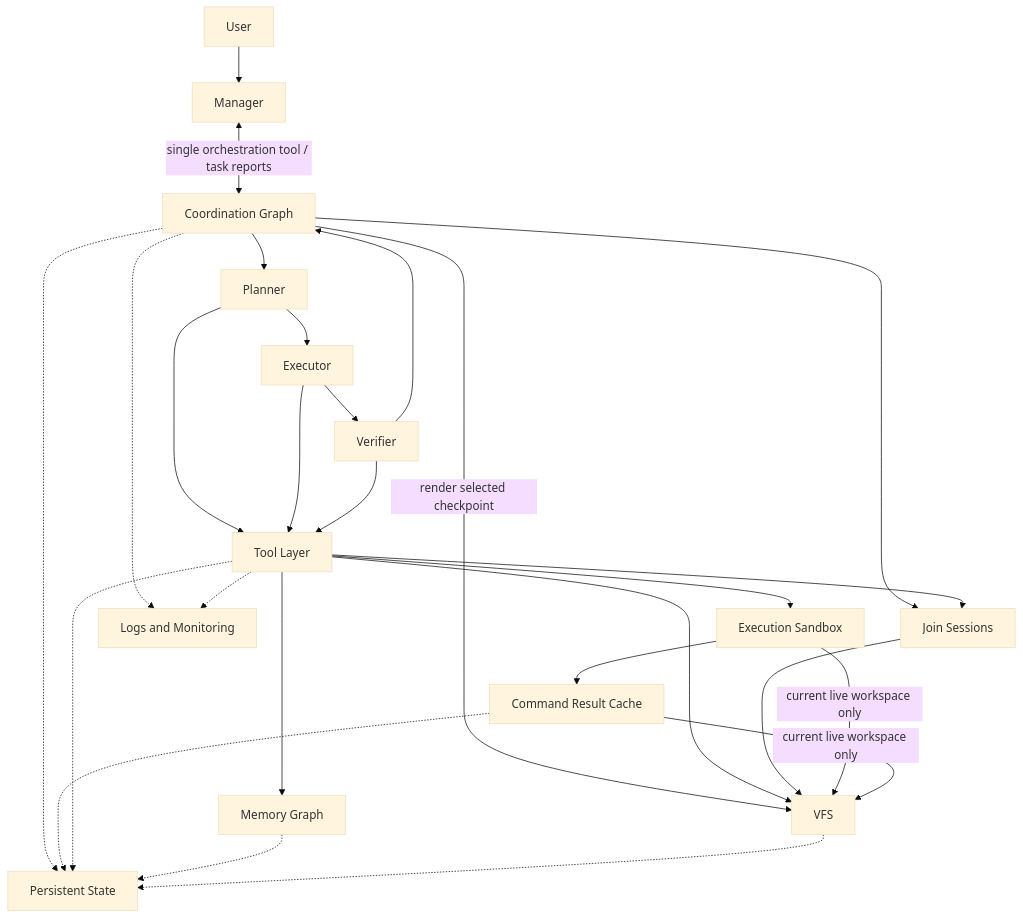
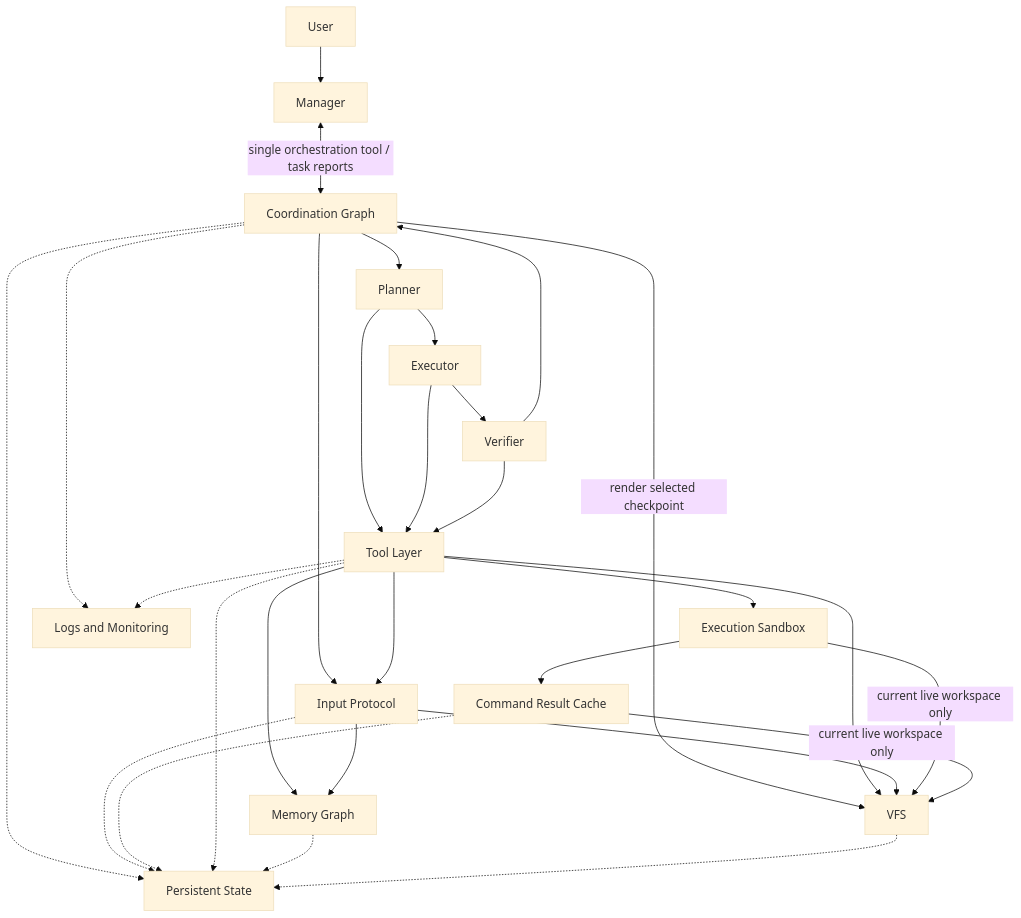
The diagram in docs/architecture-governance.md (KDZZZZZZ/threadmill), drawn with Mermaid (base theme) before and after one commit. The commit also changed other lines of this file and 98 other files, not shown here.

````diff
--- a/docs/architecture-governance.md
+++ b/docs/architecture-governance.md
@@ -5,33 +7,35 @@
 ```mermaid
 flowchart TD
     U[User] --> M[Manager]
     M <-->|single orchestration tool / task reports| G[Coordination Graph]
 
     G --> P[Planner]
     P --> E[Executor]
     E --> V[Verifier]
     V --> G
-    G --> J[Join Sessions]
+    G --> I[Input Protocol]
     G -->|render selected checkpoint| VFS[VFS]
 
     P --> T[Tool Layer]
     E --> T
     V --> T
-    T --> J
+    T --> I
     T --> MEM[Memory Graph]
     T --> VFS
-    J --> VFS
+    I --> VFS
+    I --> MEM
     T --> EXEC[Execution Sandbox]
     EXEC -->|current live workspace only| VFS
     EXEC --> CACHE[Command Result Cache]
     CACHE -->|current live workspace only| VFS
 
     G -.-> STATE[Persistent State]
+    I -.-> STATE
     CACHE -.-> STATE
     T -.-> STATE
     MEM -.-> STATE
     VFS -.-> STATE
 
     G -.-> OBS[Logs and Monitoring]
     T -.-> OBS
 ```
````
